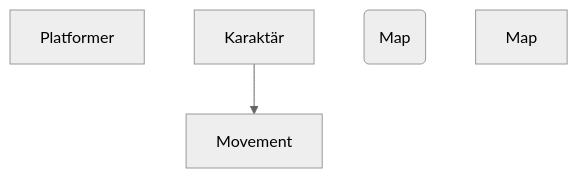
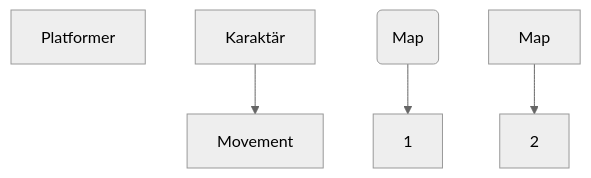
Before and after one commit to WilleGyr/Project-Intro-Ingenjorsarbete: the diagram in Dokumentation/Start.mmd, drawn with Mermaid (neutral theme).

```diff
--- a/Dokumentation/Start.mmd
+++ b/Dokumentation/Start.mmd
@@ -1,5 +1,5 @@
 graph TD
   Platformer
   Karaktär --> Movement
-  B(Map)
-  Map
+  B(Map) --> 1
+  Map --> 2
```
